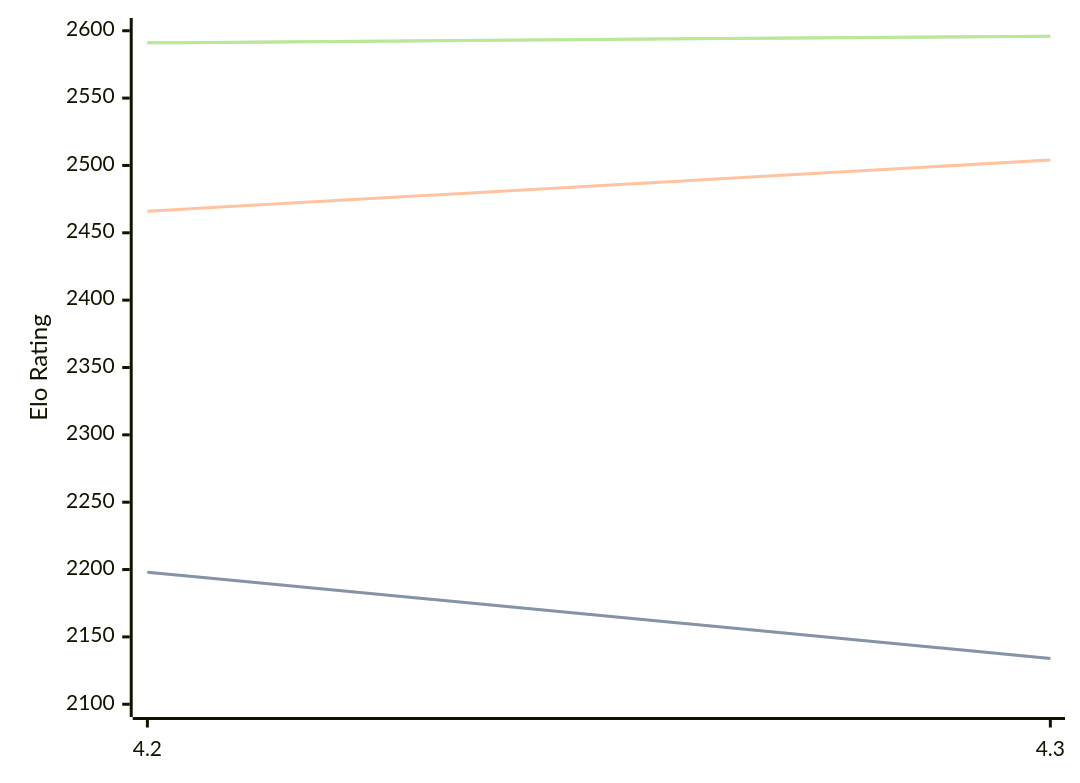
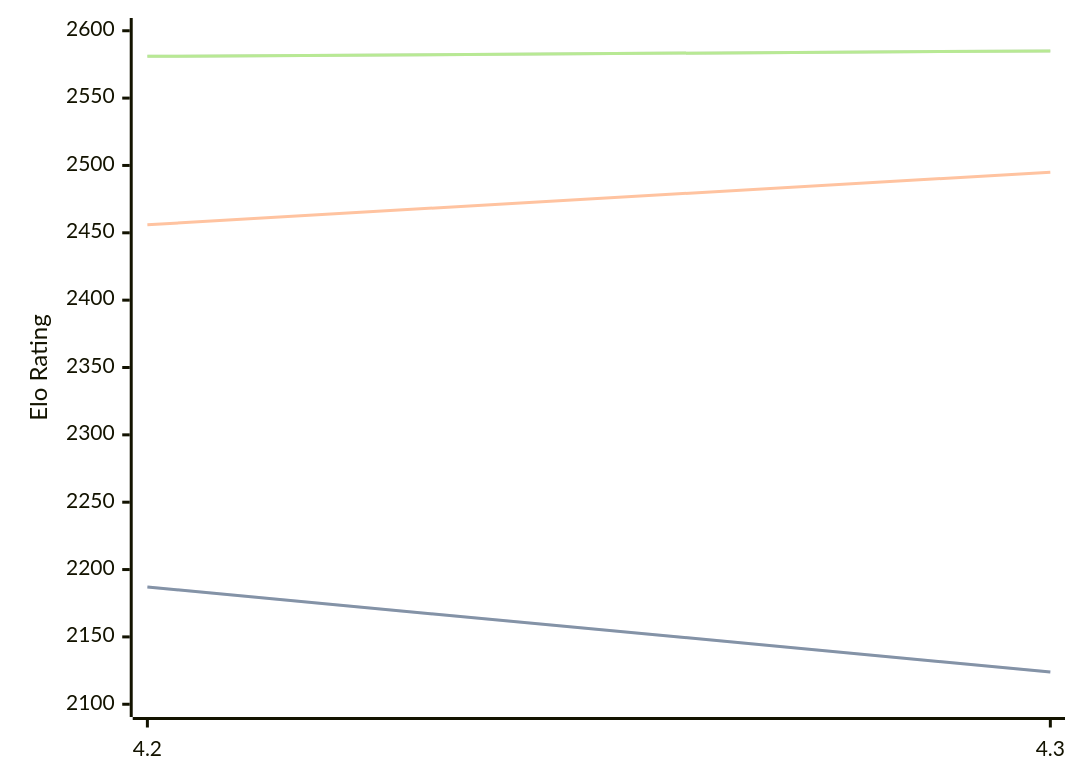
Before and after one commit to computer-chess-index/cci: the diagram in engines/Eubos.md, drawn with Mermaid. The commit also changed other lines of this file, not shown here.

Commit message:
Update CCI Ratings (ELO VLTC) - 2026-03-19

````diff
--- a/engines/Eubos.md
+++ b/engines/Eubos.md
@@ -86,11 +86,11 @@
 ```mermaid
 %%{init: {"theme":"base","themeVariables":{"seriesColors:['#a3a3a3','#222221','#faa371']}}}%%
 xychart-beta
   x-axis ["4.2", "4.3"]
   y-axis "Elo Rating" 2100 --> 2600
-  line "STC (8.0+0.08s)" [2198, 2134]
-  line "STC (8.0+0.08s)" [2198, 2134]
-  line "LTC (60.0+0.60s)" [2466, 2504]
-  line "VLTC (2m24s+1.12s)" [2591, 2596]
-  line "VLTC (2m24s+1.12s)" [2591, 2596]
+  line "STC (8.0+0.08s)" [2187, 2124]
+  line "STC (8.0+0.08s)" [2187, 2124]
+  line "LTC (60.0+0.60s)" [2456, 2495]
+  line "VLTC (2m24s+1.12s)" [2581, 2585]
+  line "VLTC (2m24s+1.12s)" [2581, 2585]
 ```
````
